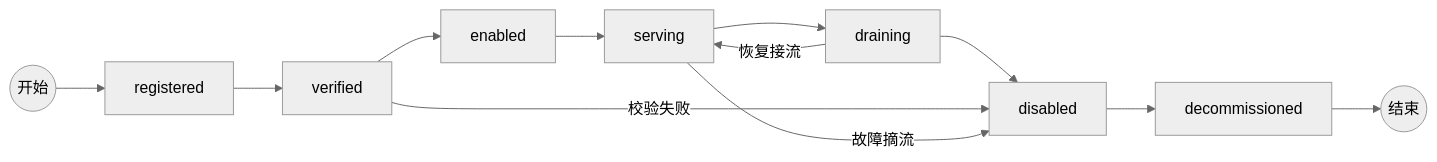
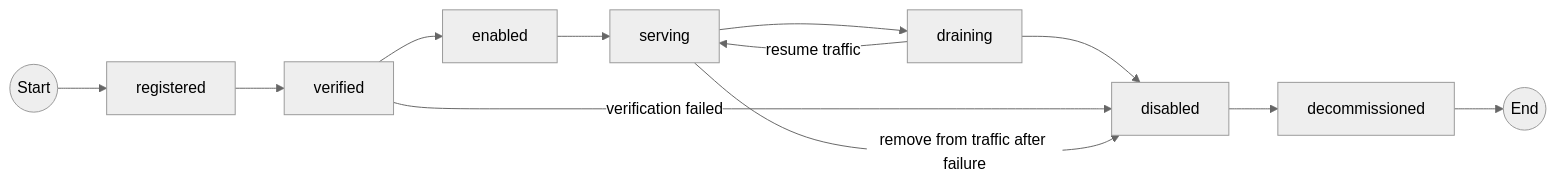
One commit to Liyuk/liyuk.github.io changed the fifth of 6 diagrams in src/content/writing/2026/08/distributed-architecture-is-state-ownership/en.md. Above: the diagram before and after it, drawn with Mermaid (neutral theme). The commit also changed other lines of this file and 11 other files, not shown here.

````diff
--- a/src/content/writing/2026/08/distributed-architecture-is-state-ownership/en.md
+++ b/src/content/writing/2026/08/distributed-architecture-is-state-ownership/en.md
@@ -536,14 +549,14 @@
 ```mermaid
 flowchart LR
-    Start((开始)) --> Registered[registered]
+    Start((Start)) --> Registered[registered]
     Registered --> Verified[verified]
     Verified --> Enabled[enabled]
     Enabled --> Serving[serving]
     Serving --> Draining[draining]
     Draining --> Disabled[disabled]
     Disabled --> Decommissioned[decommissioned]
-    Draining -->|恢复接流| Serving
-    Verified -->|校验失败| Disabled
-    Serving -->|故障摘流| Disabled
-    Decommissioned --> End((结束))
+    Draining -->|resume traffic| Serving
+    Verified -->|verification failed| Disabled
+    Serving -->|remove from traffic after failure| Disabled
+    Decommissioned --> End((End))
 ```
````
